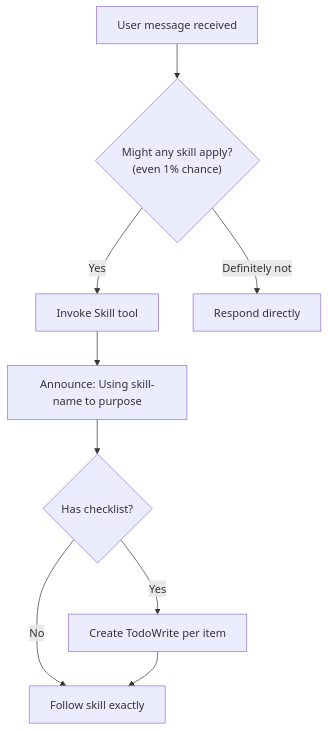
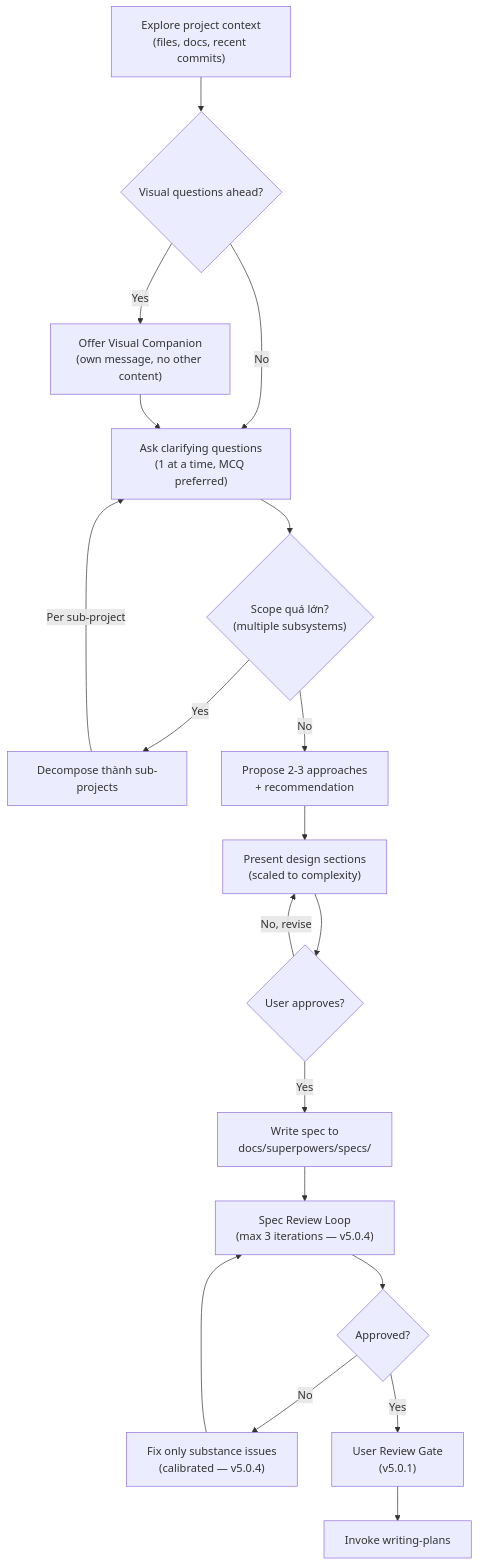
One commit to thientranhung/agentic-coding-lab changed the fourth of 7 diagrams in vn/superpowers/1. Architecture and Logic.md. Above: the diagram before and after it, drawn with Mermaid. The commit also changed other lines of this file and 14 other files, not shown here.

````diff
--- a/vn/superpowers/1. Architecture and Logic.md
+++ b/vn/superpowers/1. Architecture and Logic.md
@@ -250,11 +165,21 @@
 ```mermaid
 flowchart TD
-    A["User message received"] --> B{"Might any skill apply?\n(even 1% chance)"}
-    B -->|"Yes"| C["Invoke Skill tool"]
-    B -->|"Definitely not"| D["Respond directly"]
-    C --> E["Announce: Using skill-name to purpose"]
-    E --> F{"Has checklist?"}
-    F -->|"Yes"| G["Create TodoWrite per item"]
-    F -->|"No"| H["Follow skill exactly"]
-    G --> H
+    A["Explore project context<br/>(files, docs, recent commits)"] --> B{"Visual questions ahead?"}
+    B -->|"Yes"| C["Offer Visual Companion<br/>(own message, no other content)"]
+    B -->|"No"| D["Ask clarifying questions<br/>(1 at a time, MCQ preferred)"]
+    C --> D
+    D --> D1{"Scope quá lớn?<br/>(multiple subsystems)"}
+    D1 -->|"Yes"| D2["Decompose thành sub-projects"]
+    D2 -->|"Per sub-project"| D
+    D1 -->|"No"| E["Propose 2-3 approaches<br/>+ recommendation"]
+    E --> F["Present design sections<br/>(scaled to complexity)"]
+    F --> G{"User approves?"}
+    G -->|"No, revise"| F
+    G -->|"Yes"| H["Write spec to<br/>docs/superpowers/specs/"]
+    H --> SR["Spec Review Loop<br/>(max 3 iterations — v5.0.4)"]
+    SR --> SR1{"Approved?"}
+    SR1 -->|"No"| SR2["Fix only substance issues<br/>(calibrated — v5.0.4)"]
+    SR2 --> SR
+    SR1 -->|"Yes"| URG["User Review Gate<br/>(v5.0.1)"]
+    URG --> J["Invoke writing-plans"]
 ```
````
